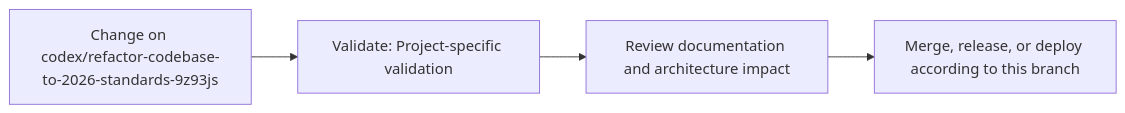
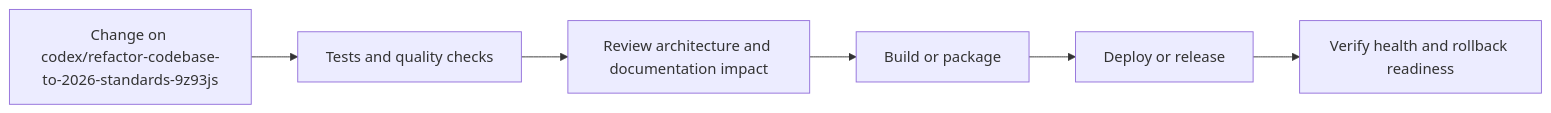
Before and after one commit to Nischhalsubba/Creative-Agency: the fourth of 5 diagrams in README.md, drawn with Mermaid. The commit also changed other lines of this file, not shown here.

````diff
--- a/README.md
+++ b/README.md
@@ -60,8 +128,8 @@
 ```mermaid
 flowchart LR
-    CHANGE["Change on codex/refactor-codebase-to-2026-standards-9z93js"]
-    CHECK["Validate: Project-specific validation"]
-    REVIEW["Review documentation and architecture impact"]
-    RELEASE["Merge, release, or deploy according to this branch"]
-    CHANGE --> CHECK --> REVIEW --> RELEASE
+    CHANGE["Change on codex/refactor-codebase-to-2026-standards-9z93js"] --> CHECK["Tests and quality checks"]
+    CHECK --> REVIEW["Review architecture and documentation impact"]
+    REVIEW --> BUILD["Build or package"]
+    BUILD --> DEPLOY["Deploy or release"]
+    DEPLOY --> VERIFY["Verify health and rollback readiness"]
 ```
````
